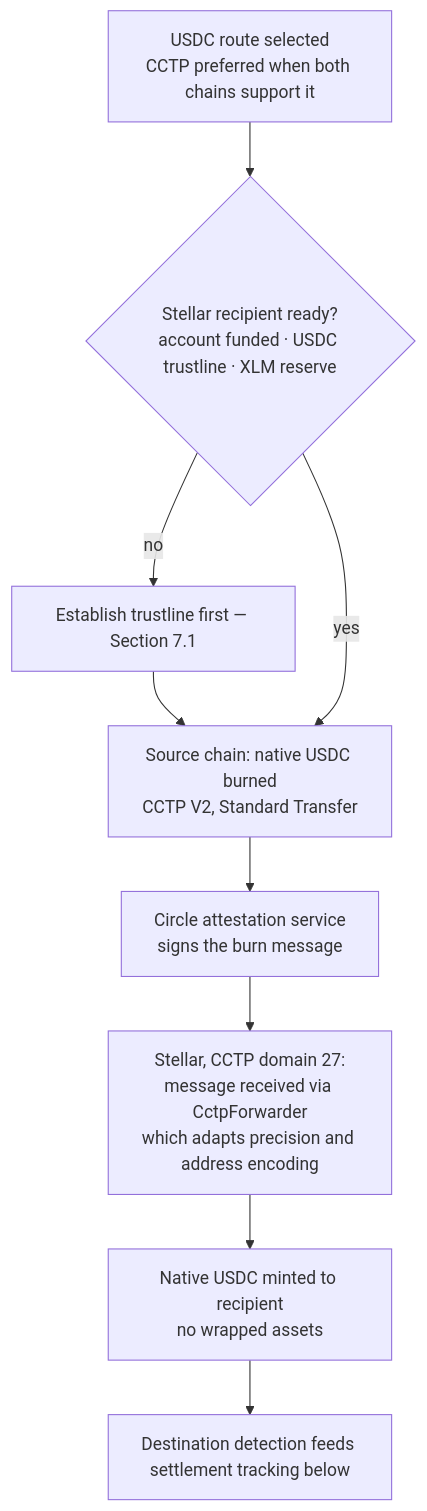
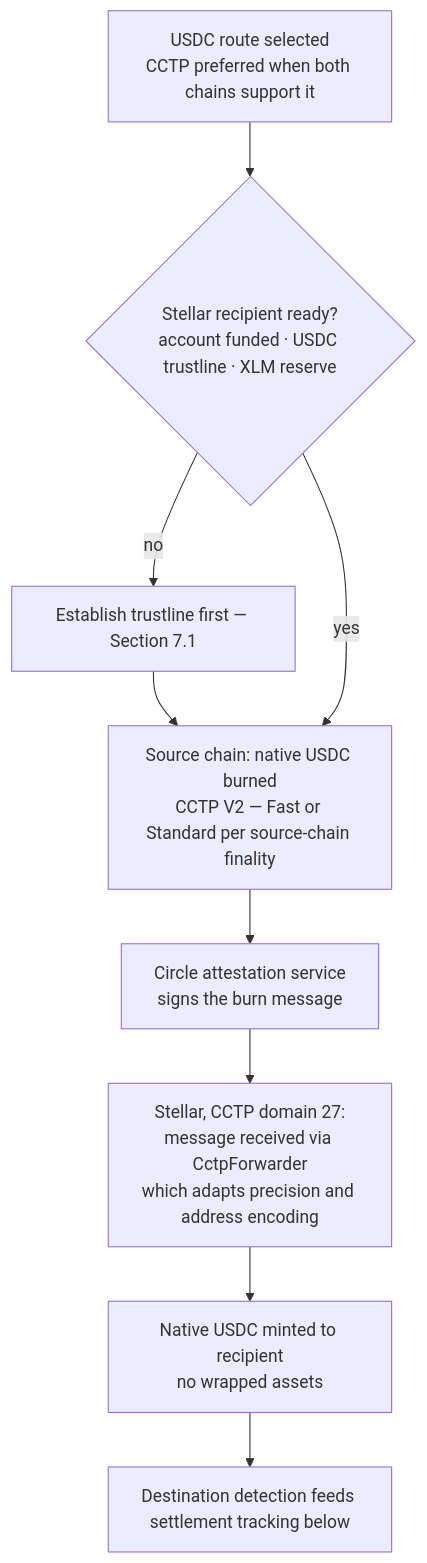
One commit to Lunarfi-eclipse/lunar-stellar changed the third of 8 diagrams in README.md. Above: the diagram before and after it, drawn with Mermaid. The commit also changed other lines of this file and 1 other file, not shown here.

First line of the commit message:
Apply verified review corrections: CCTP Fast Transfer, Broker trustlines, Protocol 27

````diff
--- a/README.md
+++ b/README.md
@@ -144,11 +144,11 @@
 ```mermaid
 flowchart TD
     START["USDC route selected<br/>CCTP preferred when both chains support it"] --> READY{"Stellar recipient ready?<br/>account funded · USDC trustline · XLM reserve"}
     READY -- no --> PREP["Establish trustline first — Section 7.1"]
     PREP --> BURN
-    READY -- yes --> BURN["Source chain: native USDC burned<br/>CCTP V2, Standard Transfer"]
+    READY -- yes --> BURN["Source chain: native USDC burned<br/>CCTP V2 — Fast or Standard per source-chain finality"]
     BURN --> ATT["Circle attestation service<br/>signs the burn message"]
     ATT --> RECV["Stellar, CCTP domain 27:<br/>message received via CctpForwarder<br/>which adapts precision and address encoding"]
     RECV --> CREDIT["Native USDC minted to recipient<br/>no wrapped assets"]
     CREDIT --> DETECT["Destination detection feeds settlement tracking below"]
 ```
````
